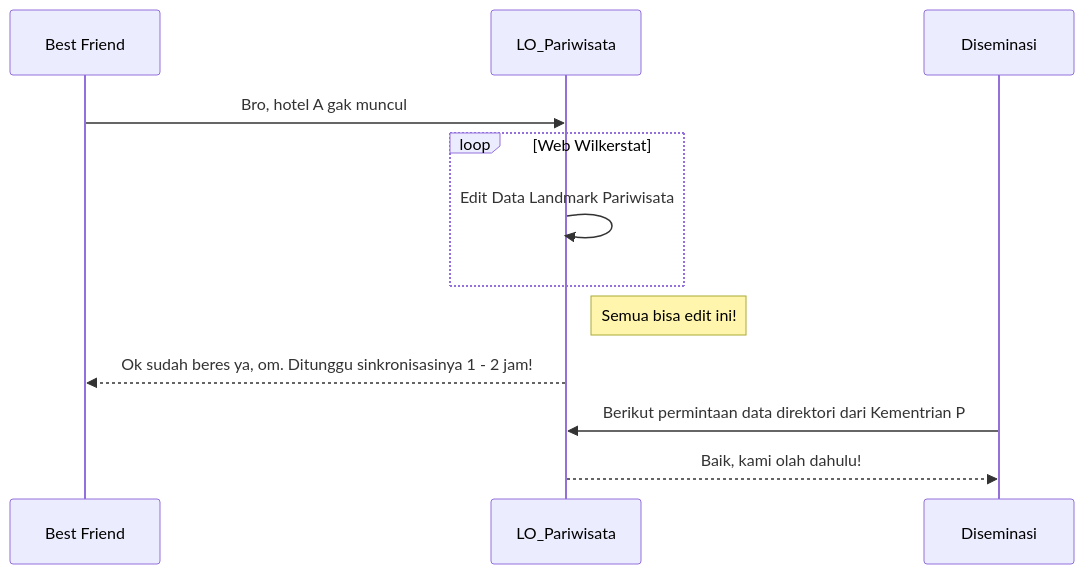
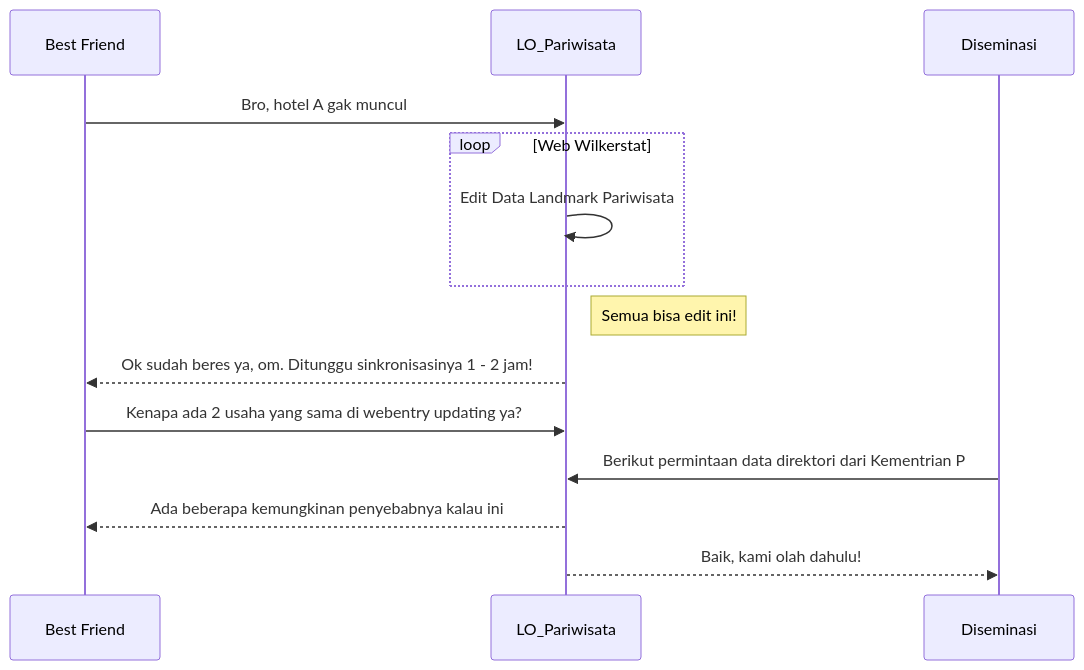
The diagram in diagram.md (iwanff1/laughing-nemesis), drawn with Mermaid before and after one commit.

````diff
--- a/diagram.md
+++ b/diagram.md
@@ -1,11 +1,13 @@
 ```mermaid
   sequenceDiagram;
   Best Friend->>LO_Pariwisata: Bro, hotel A gak muncul;
   loop Web Wilkerstat;
       LO_Pariwisata->>LO_Pariwisata: Edit Data Landmark Pariwisata;
   end;
   Note right of LO_Pariwisata: Semua bisa edit ini!;
   LO_Pariwisata-->>Best Friend: Ok sudah beres ya, om. Ditunggu sinkronisasinya 1 - 2 jam!;
+  Best Friend->>LO_Pariwisata: Kenapa ada 2 usaha yang sama di webentry updating ya?;
   Diseminasi->>LO_Pariwisata: Berikut permintaan data direktori dari Kementrian P;
+  LO_Pariwisata-->>Best Friend: Ada beberapa kemungkinan penyebabnya kalau ini;
   LO_Pariwisata-->>Diseminasi: Baik, kami olah dahulu!;
 ```
````
